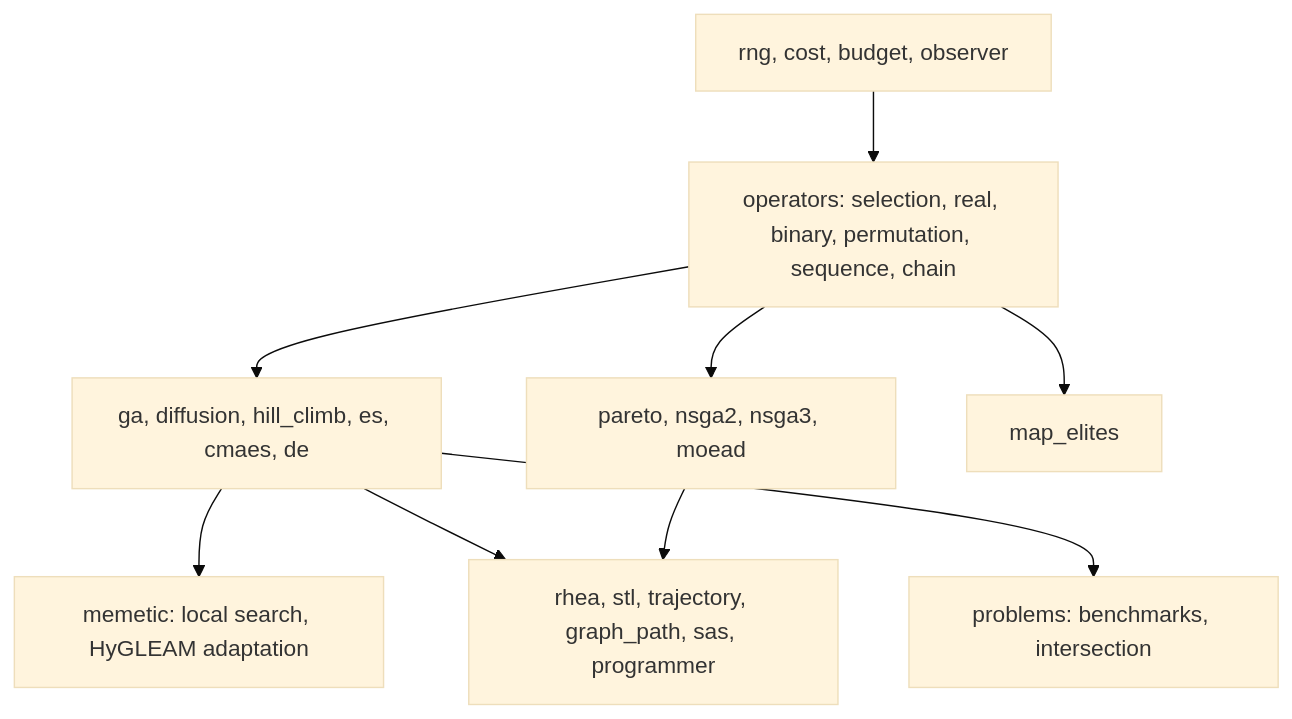
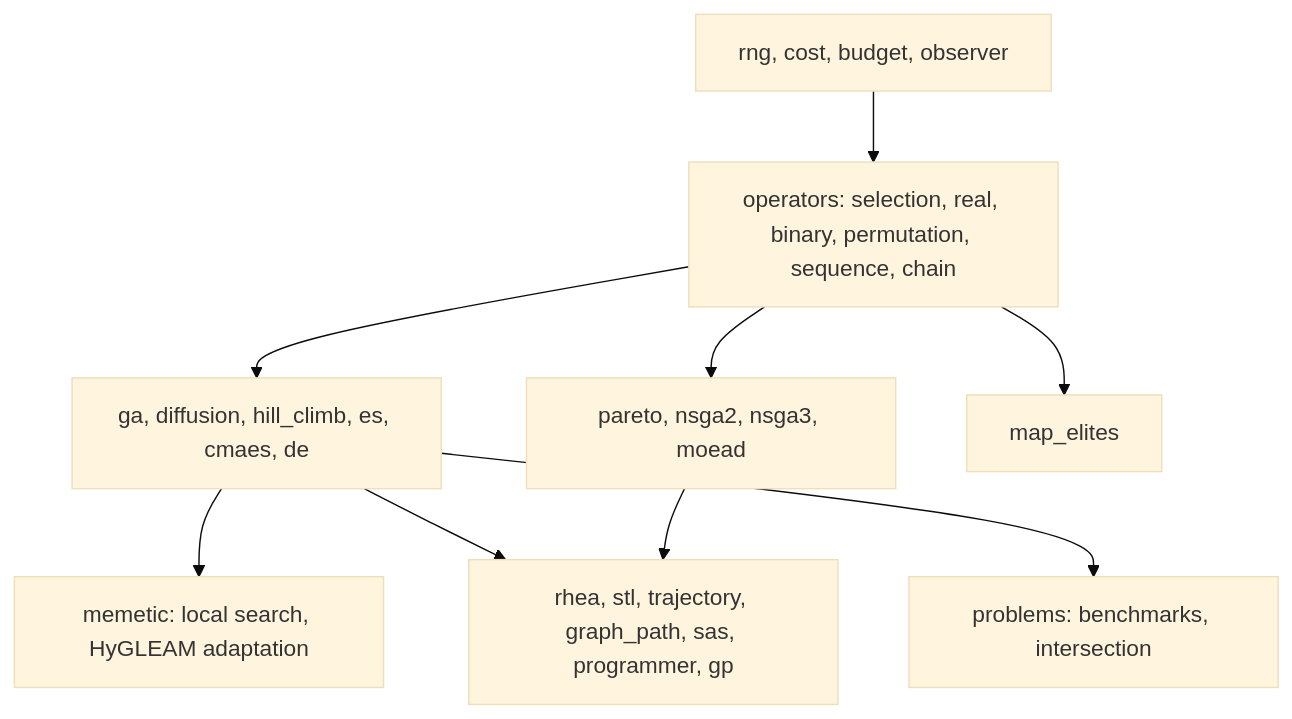
One commit to sunsided/evolutionary-planning changed the diagram in docs/design.md. Above: the diagram before and after it, drawn with Mermaid (base theme). The commit also changed other lines of this file and 6 other files, not shown here.

````diff
--- a/docs/design.md
+++ b/docs/design.md
@@ -101,17 +101,17 @@
 ```mermaid
 graph TD
     core[rng, cost, budget, observer]
     ops[operators: selection, real, binary, permutation, sequence, chain]
     single[ga, diffusion, hill_climb, es, cmaes, de]
     memetic[memetic: local search, HyGLEAM adaptation]
     multi[pareto, nsga2, nsga3, moead]
     qd[map_elites]
-    bridges[rhea, stl, trajectory, graph_path, sas, programmer]
+    bridges[rhea, stl, trajectory, graph_path, sas, programmer, gp]
     problems[problems: benchmarks, intersection]
     core --> ops --> single --> memetic
     ops --> multi
     ops --> qd
     single --> bridges
     multi --> bridges
     single --> problems
 ```
````
